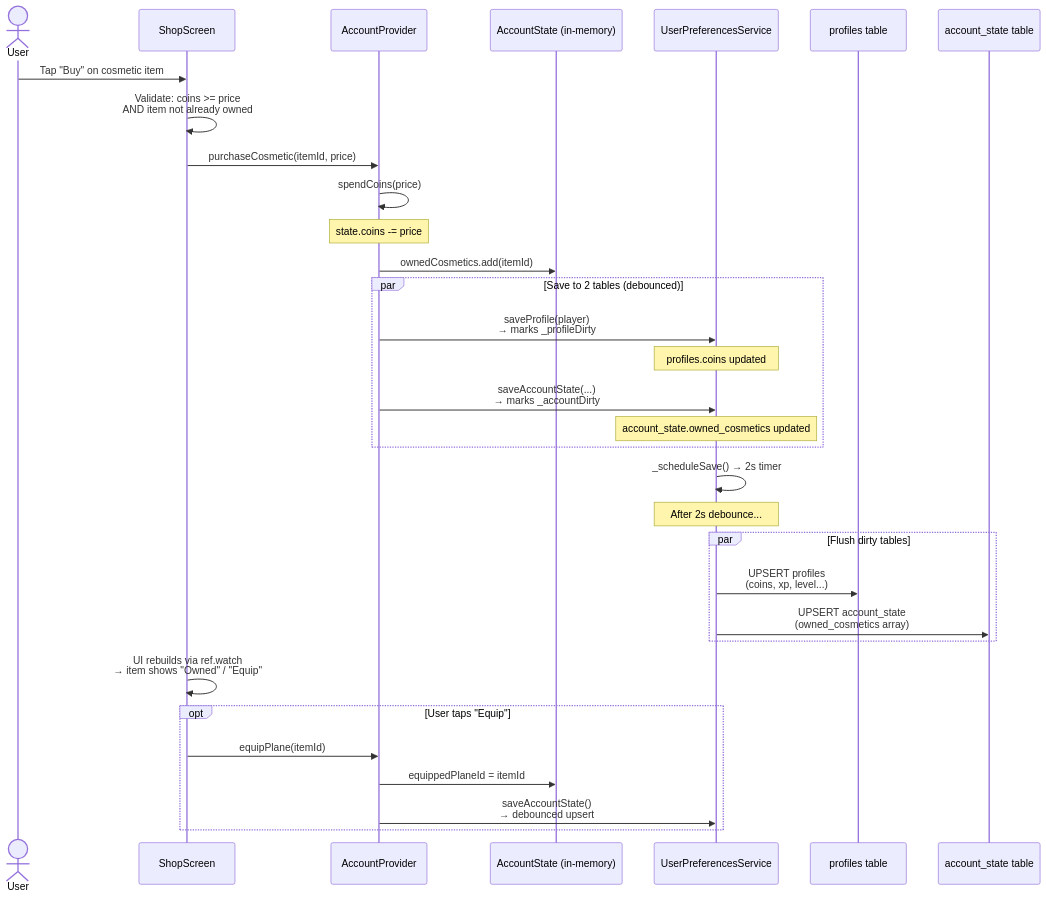
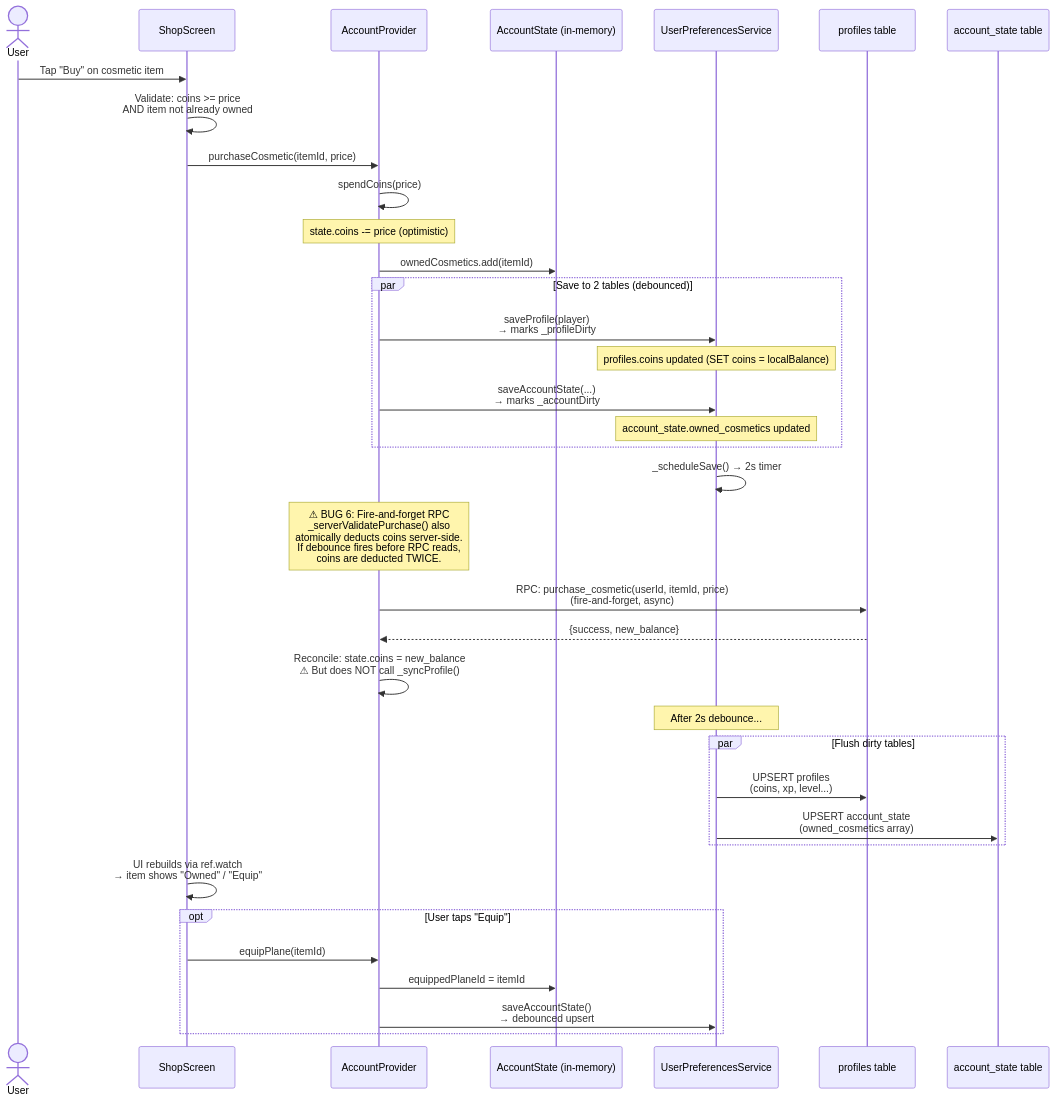
The ninth of 17 diagrams in ARCHITECTURE.md (JamieMBright/flit), drawn with Mermaid before and after one commit. The commit also changed other lines of this file, not shown here.

First line of the commit message:
docs: update ARCHITECTURE.md with 2026-02-25 persistence audit findings

````diff
--- a/ARCHITECTURE.md
+++ b/ARCHITECTURE.md
@@ -469,45 +474,51 @@
 ```mermaid
 sequenceDiagram
     actor User
     participant ShopScreen
     participant AccountProvider
     participant AccountState as AccountState (in-memory)
     participant UserPrefsService as UserPreferencesService
     participant ProfilesDB as profiles table
     participant AccountDB as account_state table
 
     User->>ShopScreen: Tap "Buy" on cosmetic item
 
     ShopScreen->>ShopScreen: Validate: coins >= price<br/>AND item not already owned
 
     ShopScreen->>AccountProvider: purchaseCosmetic(itemId, price)
 
     AccountProvider->>AccountProvider: spendCoins(price)
-    Note over AccountProvider: state.coins -= price
+    Note over AccountProvider: state.coins -= price (optimistic)
 
     AccountProvider->>AccountState: ownedCosmetics.add(itemId)
 
     par Save to 2 tables (debounced)
         AccountProvider->>UserPrefsService: saveProfile(player)<br/>→ marks _profileDirty
-        Note over UserPrefsService: profiles.coins updated
+        Note over UserPrefsService: profiles.coins updated (SET coins = localBalance)
         AccountProvider->>UserPrefsService: saveAccountState(...)<br/>→ marks _accountDirty
         Note over UserPrefsService: account_state.owned_cosmetics updated
     end
 
     UserPrefsService->>UserPrefsService: _scheduleSave() → 2s timer
+
+    Note over AccountProvider: ⚠ BUG 6: Fire-and-forget RPC<br/>_serverValidatePurchase() also<br/>atomically deducts coins server-side.<br/>If debounce fires before RPC reads,<br/>coins are deducted TWICE.
+
+    AccountProvider->>ProfilesDB: RPC: purchase_cosmetic(userId, itemId, price)<br/>(fire-and-forget, async)
+    ProfilesDB-->>AccountProvider: {success, new_balance}
+    AccountProvider->>AccountProvider: Reconcile: state.coins = new_balance<br/>⚠ But does NOT call _syncProfile()
 
     Note over UserPrefsService: After 2s debounce...
 
     par Flush dirty tables
         UserPrefsService->>ProfilesDB: UPSERT profiles<br/>(coins, xp, level...)
         UserPrefsService->>AccountDB: UPSERT account_state<br/>(owned_cosmetics array)
     end
 
     ShopScreen->>ShopScreen: UI rebuilds via ref.watch<br/>→ item shows "Owned" / "Equip"
 
     opt User taps "Equip"
         ShopScreen->>AccountProvider: equipPlane(itemId)
         AccountProvider->>AccountState: equippedPlaneId = itemId
         AccountProvider->>UserPrefsService: saveAccountState()<br/>→ debounced upsert
     end
 ```
````
